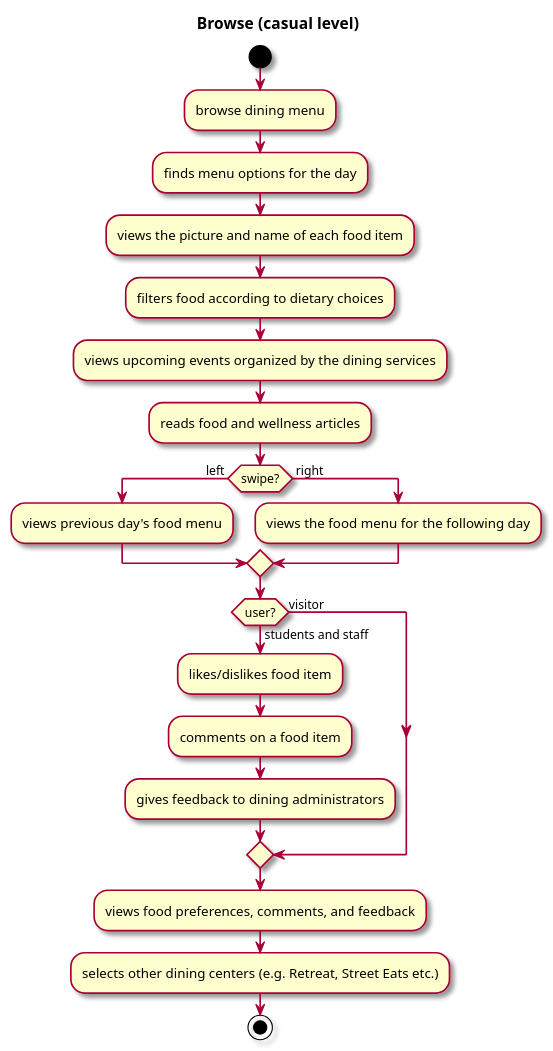
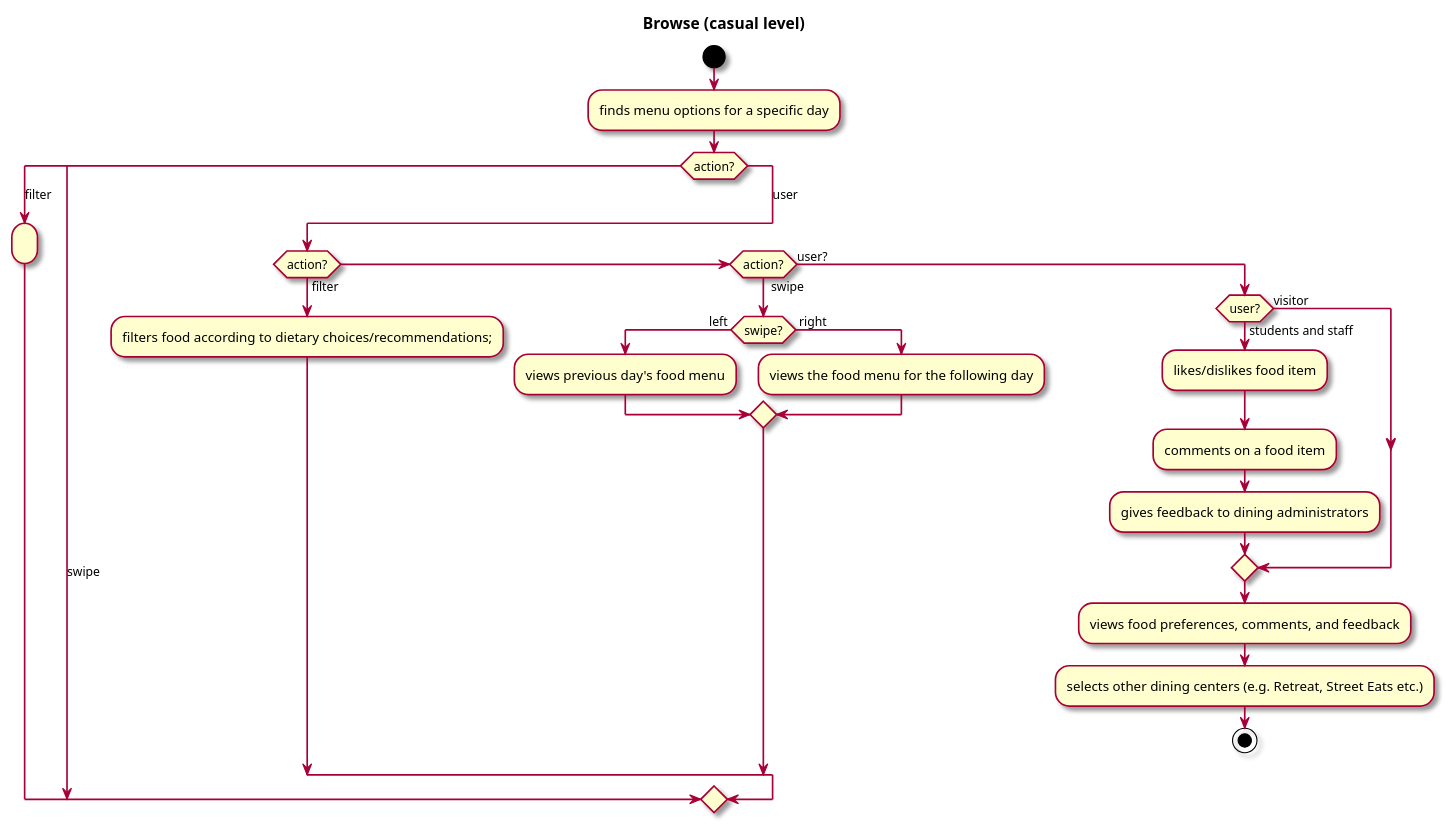
Before and after one commit to EzekielEkanem/team-1d: the diagram in intellij/doc/use-cases/use-case-browse.md, drawn with PlantUML. The commit also changed 12 other files, not shown here.

````diff
--- a/intellij/doc/use-cases/use-case-browse.md
+++ b/intellij/doc/use-cases/use-case-browse.md
@@ -39,40 +39,43 @@
 ```plantuml
 @startuml
 
 skin rose
 
 title Browse (casual level)
 
 'define the lanes
 
 |#technology|User|
 
 |User|
 start
-:browse dining menu;
-:finds menu options for the day;
-:views the picture and name of each food item;
-:filters food according to dietary choices;
-:views upcoming events organized by the dining services;
-:reads food and wellness articles;
+:finds menu options for a specific day;
 
-if (swipe?) is  ( left ) then
-:views previous day's food menu;
-else ( right ) 
-:views the food menu for the following day;
-endif
-
+switch (action?) 
+    case (filter)
+        :;
+    case (swipe)
+    case (user)
+if (action?) is (filter) then
+:filters food according to dietary choices/recommendations;;
+else if (action?) is ( swipe ) then
+  if (swipe?) is  ( left ) then
+  :views previous day's food menu;
+  else ( right ) 
+  :views the food menu for the following day;
+  endif
+else (user?)
 if (user?) is (students and staff) then
 :likes/dislikes food item;
 :comments on a food item;
 :gives feedback to dining administrators;
 else (visitor)
 endif
 
 :views food preferences, comments, and feedback;
 :selects other dining centers (e.g. Retreat, Street Eats etc.);
 
 
 stop
 @enduml
 ```
````
